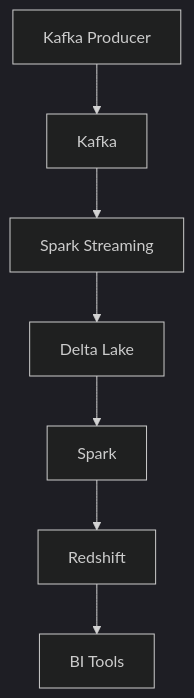
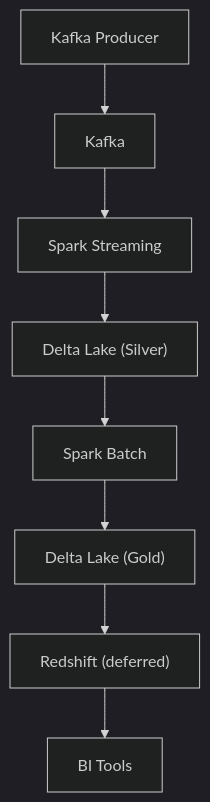
One commit to rafaelspecta/user-behavior-analytics changed the first of 7 diagrams in README.md. Above: the diagram before and after it, drawn with Mermaid (dark theme). The commit also changed other lines of this file and 2 other files, not shown here.

First line of the commit message:
docs: rewrite README for Docker demo and add roadmap

````diff
--- a/README.md
+++ b/README.md
@@ -9,9 +11,10 @@
 ```mermaid
 graph TD
     A[Kafka Producer] --> B[Kafka]
     B --> C[Spark Streaming]
-    C --> D[Delta Lake]
-    D --> E[Spark]
-    E --> F[Redshift]
-    F --> G[BI Tools]
+    C --> D["Delta Lake (Silver)"]
+    D --> E["Spark Batch"]
+    E --> F["Delta Lake (Gold)"]
+    F --> G["Redshift (deferred)"]
+    G --> H[BI Tools]
 ```
````
